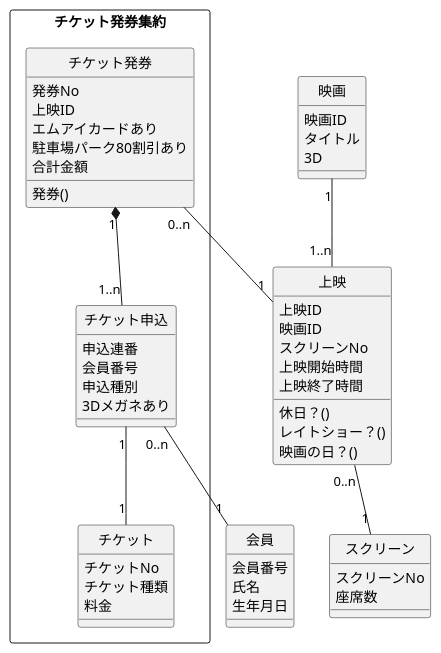
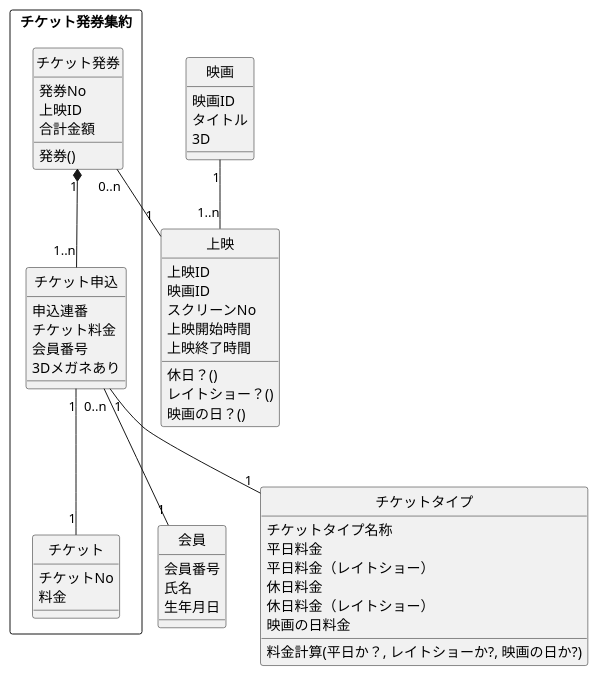
One commit to bookreadking/ddd-modeling-impplementation-guilde changed the diagram in ticket-modeling/eichisanden/model.puml. Above: the diagram before and after it, drawn with PlantUML. The commit also changed 8 other files, not shown here.

```diff
--- a/ticket-modeling/eichisanden/model.puml
+++ b/ticket-modeling/eichisanden/model.puml
@@ -1,64 +1,66 @@
 @startuml
 hide circle
 
 class 会員 {
   会員番号
   氏名
   生年月日
 }
 
 class 映画 {
   映画ID
   タイトル
   3D
 }
 
 class 上映 {
   上映ID
   映画ID
   スクリーンNo
   上映開始時間
   上映終了時間
   休日？()
   レイトショー？()
   映画の日？()
 }
 
-class スクリーン {
-  スクリーンNo
-  座席数
+class チケットタイプ {
+  チケットタイプ名称
+  平日料金
+  平日料金（レイトショー）
+  休日料金
+  休日料金（レイトショー）
+  映画の日料金
+  料金計算(平日か？, レイトショーか?, 映画の日か?)
 }
 
 package チケット発券集約 <<Rectangle>> {
 
 class チケット {
   チケットNo
-  チケット種類
   料金
 }
 
 class チケット申込 {
   申込連番
+  チケット料金
   会員番号
-  申込種別
   3Dメガネあり
 }
 
 class チケット発券 {
   発券No
   上映ID
-  エムアイカードあり
-  駐車場パーク80割引あり
   合計金額
   発券()
 }
 }
 
 
 チケット発券 "1" *-- "1..n" チケット申込
 チケット申込 "1" -- "1" チケット
 チケット発券 "0..n" -- "1" 上映
 映画 "1" -- "1..n" 上映
-上映 "0..n" -- "1" スクリーン
 チケット申込 "0..n" -- "1" 会員
+チケット申込 "1" -- "1" チケットタイプ
 @enduml
```
